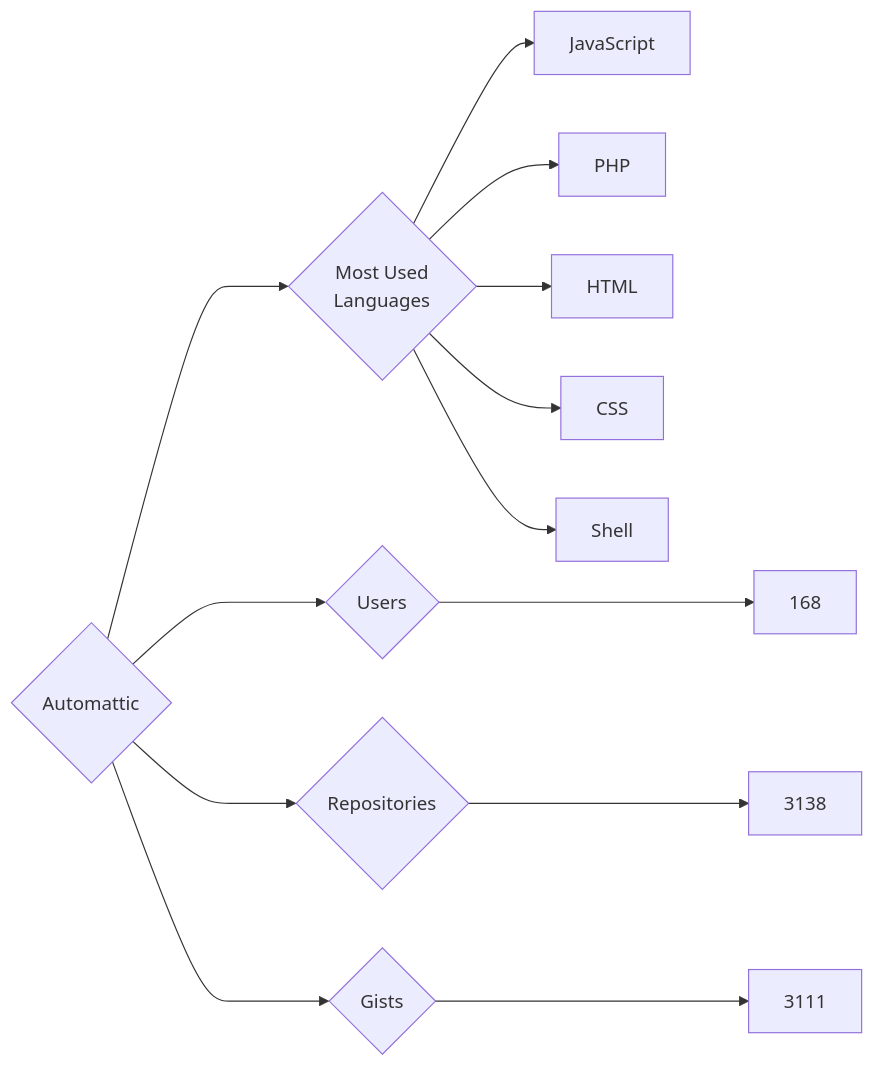
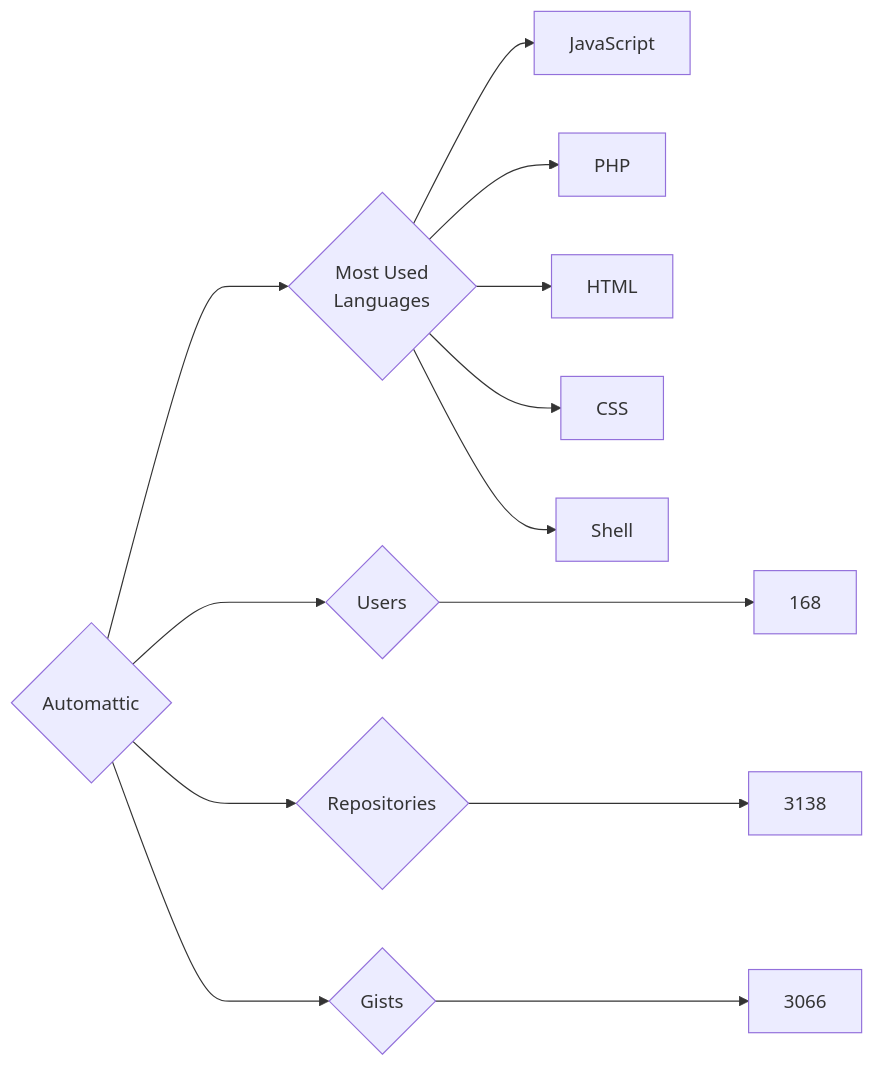
One commit to trickest/insiders changed the diagram in targets/Automattic/README.md. Above: the diagram before and after it, drawn with Mermaid. The commit also changed 823 other files, not shown here.

````diff
--- a/targets/Automattic/README.md
+++ b/targets/Automattic/README.md
@@ -3,13 +3,13 @@
 ```mermaid
 graph LR
 COMPANY_NAME{Automattic}
 COMPANY_NAME ---> U{Users} ---> UN[168]
 COMPANY_NAME ---> R{Repositories} ---> RN[3138]
-COMPANY_NAME ---> G{Gists} ---> GN[3111]
+COMPANY_NAME ---> G{Gists} ---> GN[3066]
 COMPANY_NAME ---> ML{Most Used<br>Languages}
 ML --> JavaScript[JavaScript]
 ML --> PHP[PHP]
 ML --> HTML[HTML]
 ML --> CSS[CSS]
 ML --> Shell[Shell]
 ```
````
